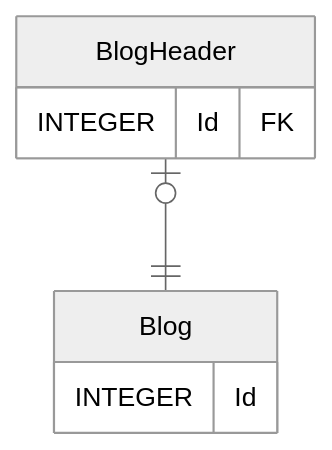
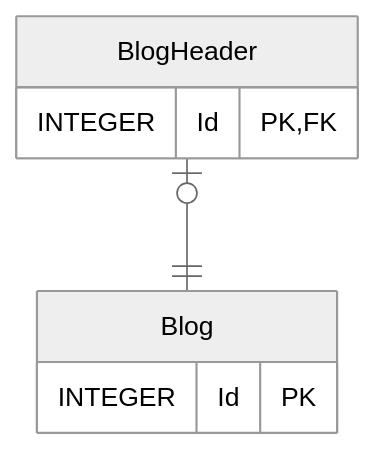
Before and after one commit to hhko/ArchDdd: the diagram in examples/EFCore/Relationships/OneToOne_02_PrimaryKeyToPrimaryKey/ERD.md, drawn with Mermaid. The commit also changed 10 other files, not shown here.

Commit message:
refactor: ERD 업데이트

````diff
--- a/examples/EFCore/Relationships/OneToOne_02_PrimaryKeyToPrimaryKey/ERD.md
+++ b/examples/EFCore/Relationships/OneToOne_02_PrimaryKeyToPrimaryKey/ERD.md
@@ -2,11 +2,11 @@
 ```mermaid
 	%%{init: {'theme':'neutral'}}%%
 	erDiagram
 	Blog {
-		INTEGER Id 
+		INTEGER Id PK
 	}
 	BlogHeader {
-		INTEGER Id FK
+		INTEGER Id PK,FK
 	}
 BlogHeader|o--||Blog : ""
 ```
````
